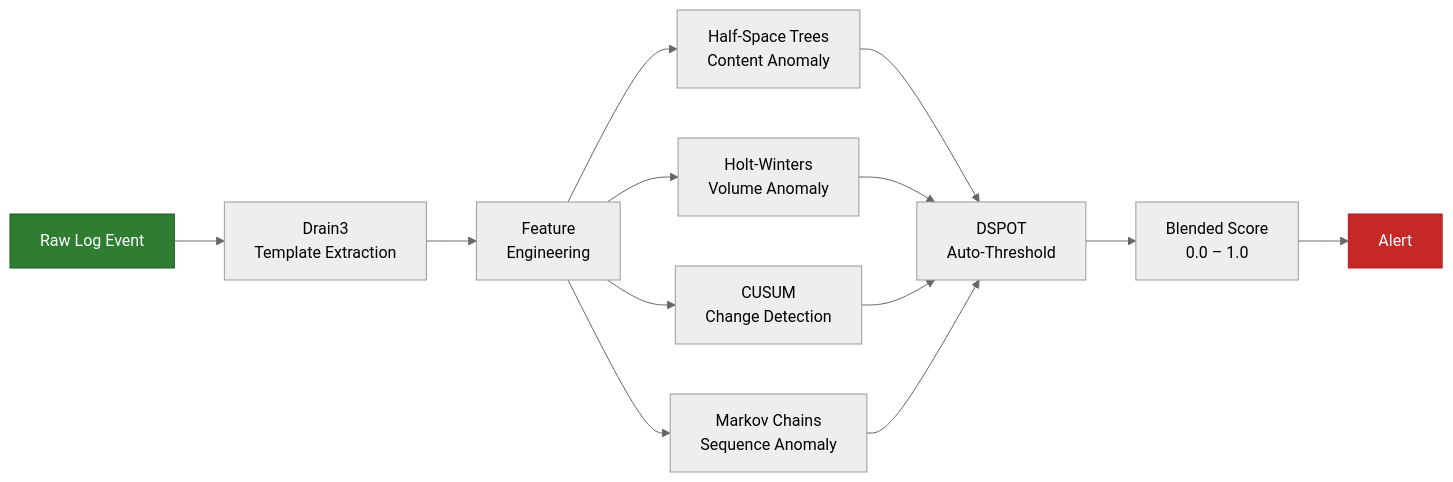
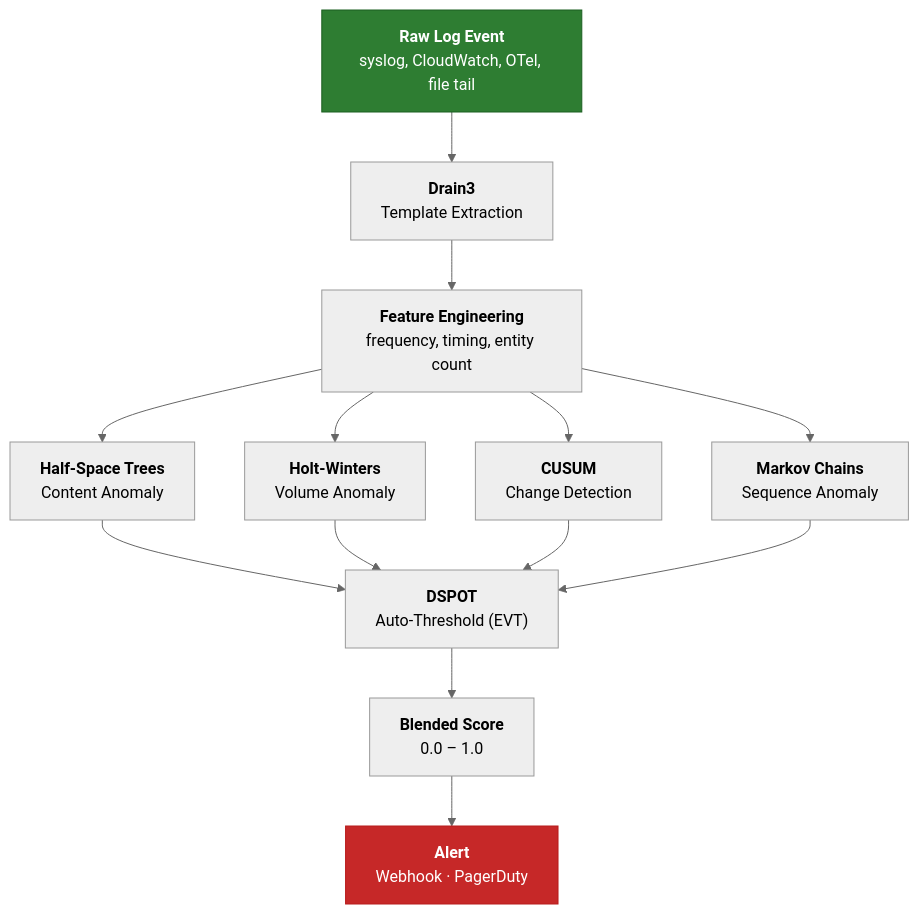
The diagram in docs/security-primer/anomaly-detection.md (seerflow/seerflow-guide), drawn with Mermaid (neutral theme) before and after one commit. The commit also changed other lines of this file and 7 other files, not shown here.

First line of the commit message:
docs: add MITRE ATT&CK links, reference pages, and diagram improvements

````diff
--- a/docs/security-primer/anomaly-detection.md
+++ b/docs/security-primer/anomaly-detection.md
@@ -55,18 +55,19 @@
 ```mermaid
-graph LR
-    A[Raw Log Event] --> B[Drain3<br/>Template Extraction]
-    B --> C[Feature<br/>Engineering]
-    C --> D1[Half-Space Trees<br/>Content Anomaly]
-    C --> D2[Holt-Winters<br/>Volume Anomaly]
-    C --> D3[CUSUM<br/>Change Detection]
-    C --> D4[Markov Chains<br/>Sequence Anomaly]
-    D1 --> E[DSPOT<br/>Auto-Threshold]
+graph TD
+    A["<b>Raw Log Event</b><br/>syslog, CloudWatch, OTel, file tail"]:::input
+    A --> B["<b>Drain3</b><br/>Template Extraction"]
+    B --> C["<b>Feature Engineering</b><br/>frequency, timing, entity count"]
+    C --> D1["<b>Half-Space Trees</b><br/>Content Anomaly"]
+    C --> D2["<b>Holt-Winters</b><br/>Volume Anomaly"]
+    C --> D3["<b>CUSUM</b><br/>Change Detection"]
+    C --> D4["<b>Markov Chains</b><br/>Sequence Anomaly"]
+    D1 --> E["<b>DSPOT</b><br/>Auto-Threshold (EVT)"]
     D2 --> E
     D3 --> E
     D4 --> E
-    E --> F[Blended Score<br/>0.0 – 1.0]
-    F --> G[Alert]
+    E --> F["<b>Blended Score</b><br/>0.0 – 1.0"]
+    F --> G["<b>Alert</b><br/>Webhook · PagerDuty"]:::alert
 
-    style A fill:#2e7d32,stroke:#1b5e20,color:#fff
-    style G fill:#c62828,stroke:#b71c1c,color:#fff
+    classDef input fill:#2e7d32,stroke:#1b5e20,color:#fff
+    classDef alert fill:#c62828,stroke:#b71c1c,color:#fff
 ```
````
